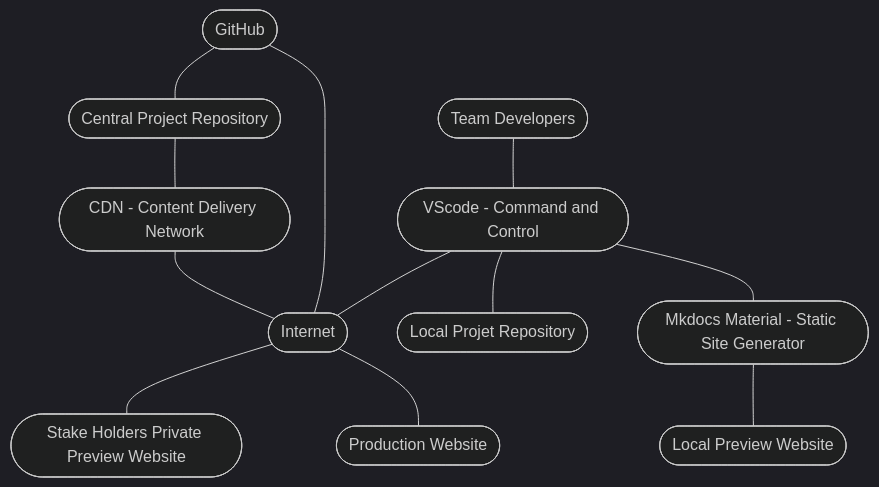
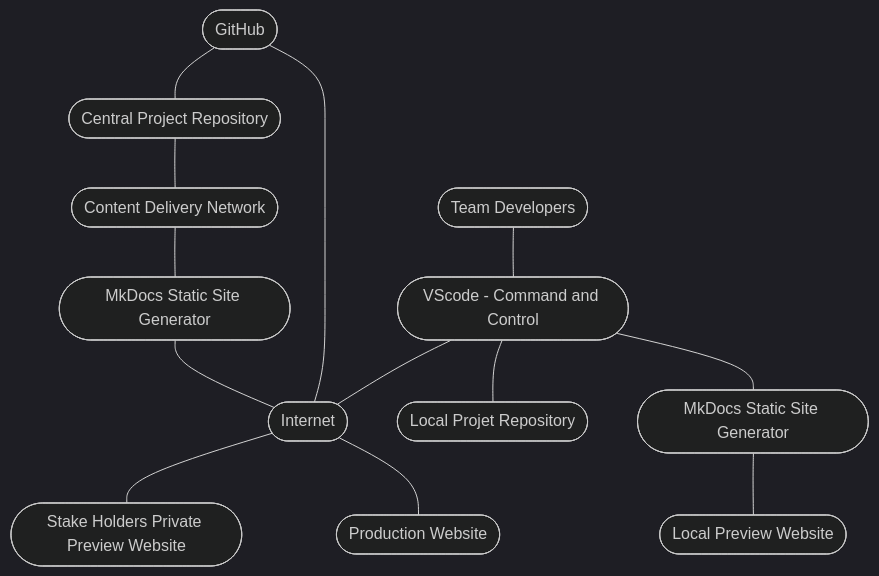
Before and after one commit to JohnTelford/mkdocs: the diagram in docs/dev_stack.md, drawn with Mermaid (dark theme). The commit also changed 6 other files, not shown here.

````diff
--- a/docs/dev_stack.md
+++ b/docs/dev_stack.md
@@ -13,48 +13,52 @@
 ``` mermaid
 flowchart TB
 	
 	crepo --- cdn
 
-	cdn --- net
+	cdn --- mkdcdn
+
+	mkdcdn --- net
 
 	dev --- vsc 
 
 	github --- crepo
 
 	github --- net
 	
 	vsc --- lrepo
 	
 	net --- prevweb
 
 	net --- proweb
 
 	vsc --- net
 
 	vsc --- mkd
 
 	mkd --- lpreweb
 
 	dev([Team Developers])
 
-	cdn([CDN - Content Delivery Network])
+	cdn([Content Delivery Network])
 
 	crepo([Central Project Repository])
 
 	github([GitHub]) 
 
 	lrepo([Local Projet Repository])
 
 	lpreweb([Local Preview Website])
 
-	mkd([Mkdocs Material - Static Site Generator])
+	mkd([MkDocs Static Site Generator])
+
+	mkdcdn([MkDocs Static Site Generator])
 
 	net([Internet]) 
 	
 	prevweb([Stake Holders Private Preview Website])
 
 	proweb([Production Website])
 
 	vsc([VScode - Command and Control]) 
 
 ```
````
